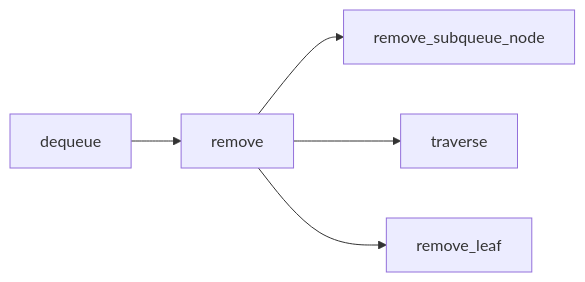
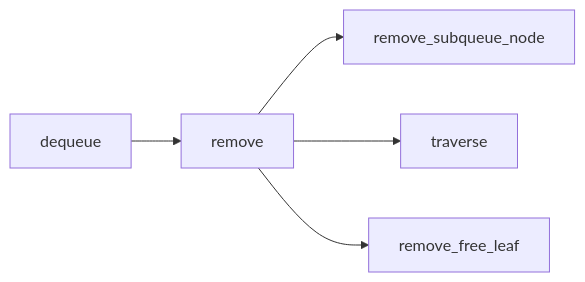
Before and after one commit to econia-labs/econia: the fourth of 6 diagrams in doc/diagrams/src/modules/critqueue.md, drawn with Mermaid. The commit also changed 2 other files, not shown here.

Commit message:
Add leaf removal, diagrams, tests

````diff
--- a/doc/diagrams/src/modules/critqueue.md
+++ b/doc/diagrams/src/modules/critqueue.md
@@ -53,11 +53,11 @@
 ```mermaid
 
 flowchart LR
 
 dequeue --> remove
 
 remove --> remove_subqueue_node
 remove --> traverse
-remove --> remove_leaf
+remove --> remove_free_leaf
 
 ```
````
